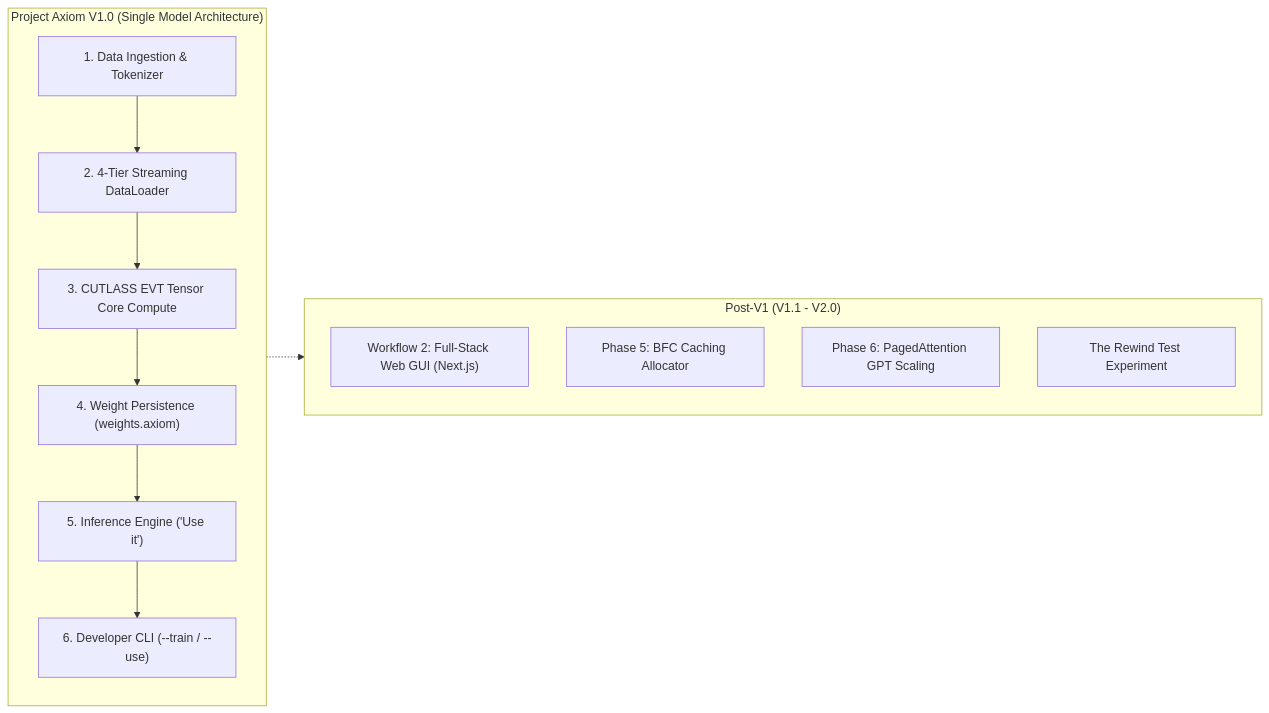
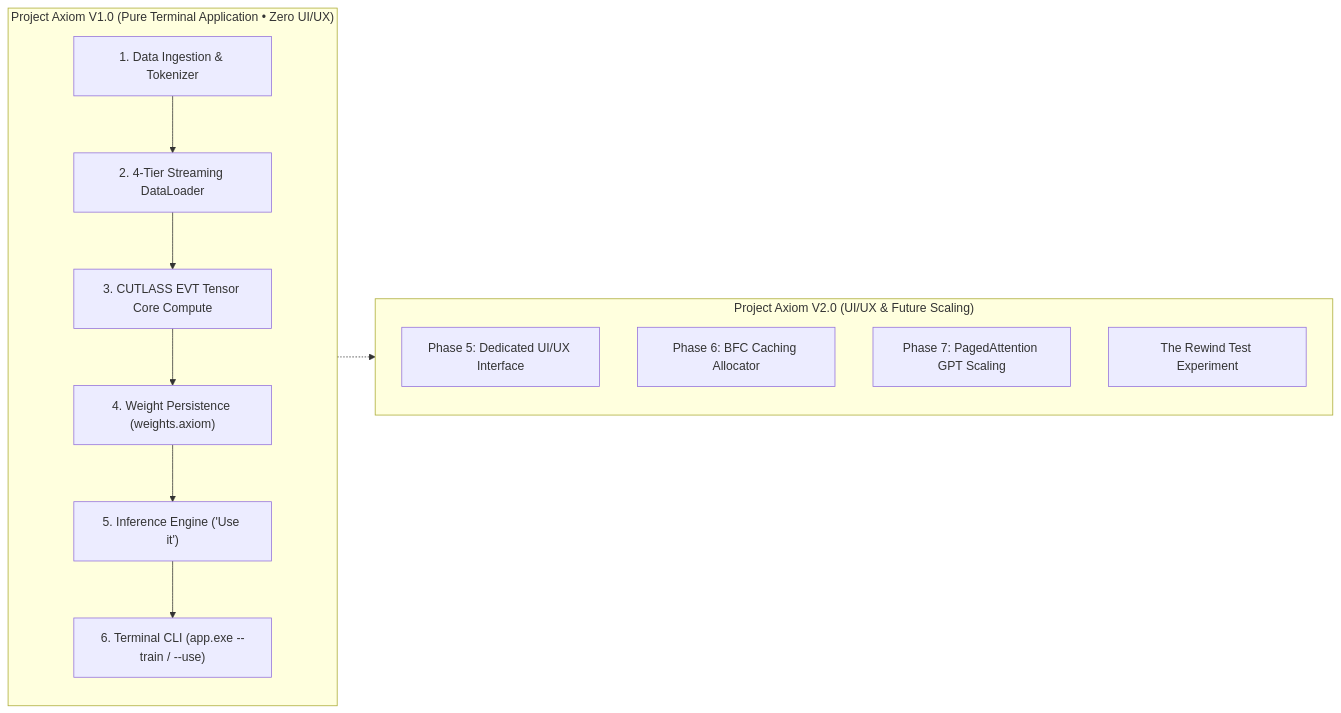
One commit to omid2007hope/PROJECT-AXIOM changed the diagram in document/path_to_version_1.md. Above: the diagram before and after it, drawn with Mermaid. The commit also changed other lines of this file, not shown here.

Commit message:
docs: add path to version 1.0 master execution blueprint and engineering roadmap

````diff
--- a/document/path_to_version_1.md
+++ b/document/path_to_version_1.md
@@ -24,20 +26,20 @@
 ```mermaid
 graph LR
-    subgraph V1 ["Project Axiom V1.0 (Single Model Architecture)"]
+    subgraph V1 ["Project Axiom V1.0 (Pure Terminal Application • Zero UI/UX)"]
         direction TB
         A["1. Data Ingestion & Tokenizer"] --> B["2. 4-Tier Streaming DataLoader"]
         B --> C["3. CUTLASS EVT Tensor Core Compute"]
         C --> D["4. Weight Persistence (weights.axiom)"]
         D --> E["5. Inference Engine ('Use it')"]
-        E --> F["6. Developer CLI (--train / --use)"]
+        E --> F["6. Terminal CLI (app.exe --train / --use)"]
     end
     
-    subgraph PostV1 ["Post-V1 (V1.1 - V2.0)"]
-        G["Workflow 2: Full-Stack Web GUI (Next.js)"]
-        H["Phase 5: BFC Caching Allocator"]
-        I["Phase 6: PagedAttention GPT Scaling"]
+    subgraph V2 ["Project Axiom V2.0 (UI/UX & Future Scaling)"]
+        G["Phase 5: Dedicated UI/UX Interface"]
+        H["Phase 6: BFC Caching Allocator"]
+        I["Phase 7: PagedAttention GPT Scaling"]
         J["The Rewind Test Experiment"]
     end
 
-    V1 -.-> PostV1
+    V1 -.-> V2
 ```
````
